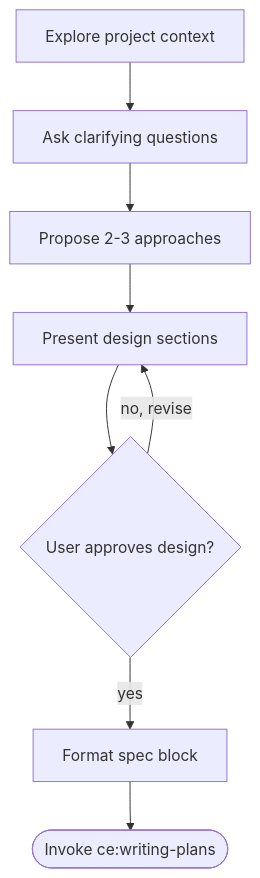
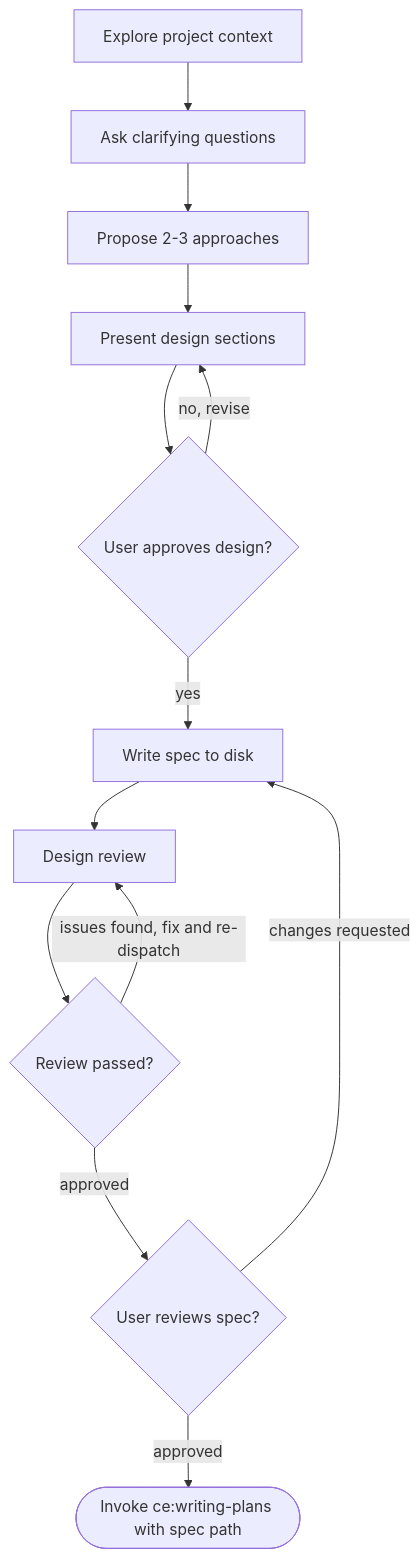
Before and after one commit to Broderick-Westrope/claude-essentials: the diagram in plugins/ce/skills/brainstorming/SKILL.md, drawn with Mermaid. The commit also changed other lines of this file and 1 other file, not shown here.

First line of the commit message:
fix: restore design review gate in brainstorm-to-planner workflow

````diff
--- a/plugins/ce/skills/brainstorming/SKILL.md
+++ b/plugins/ce/skills/brainstorming/SKILL.md
@@ -32,10 +35,15 @@
 ```mermaid
 flowchart TD
     A[Explore project context] --> B[Ask clarifying questions]
     B --> C[Propose 2-3 approaches]
     C --> D[Present design sections]
     D --> E{User approves design?}
     E -->|no, revise| D
-    E -->|yes| F[Format spec block]
-    F --> G([Invoke ce:writing-plans])
+    E -->|yes| F[Write spec to disk]
+    F --> G[Design review]
+    G --> H{Review passed?}
+    H -->|issues found, fix and re-dispatch| G
+    H -->|approved| I{User reviews spec?}
+    I -->|changes requested| F
+    I -->|approved| J([Invoke ce:writing-plans with spec path])
 ```
````
